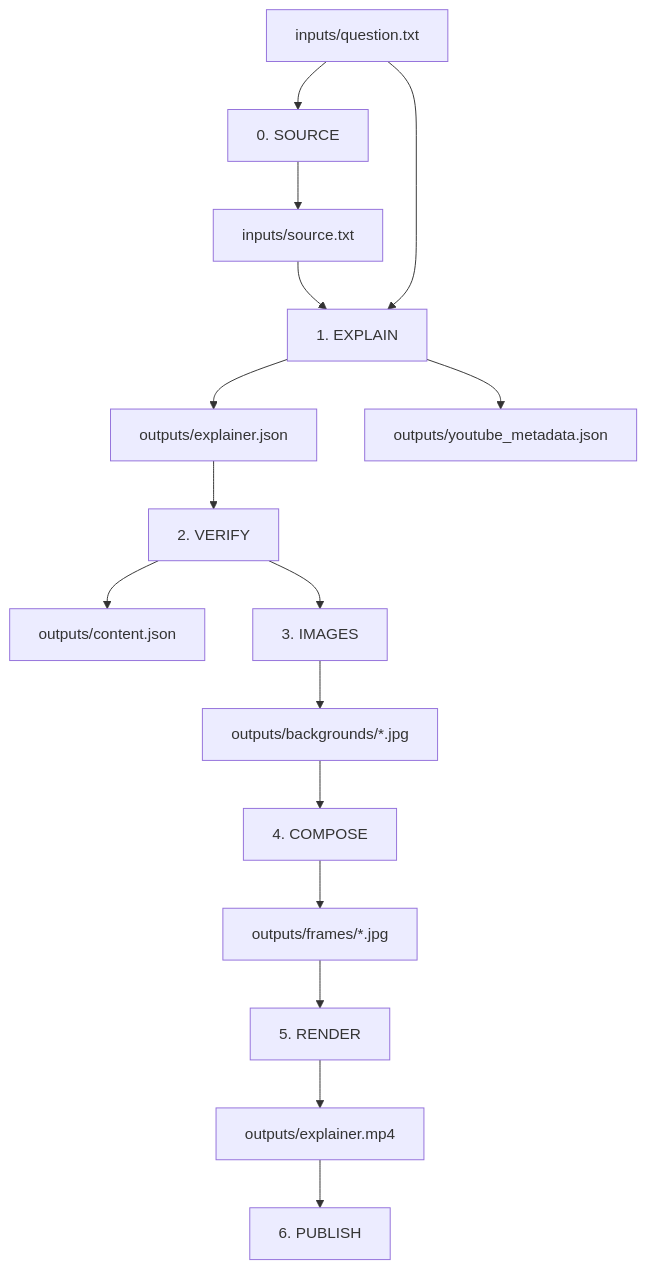
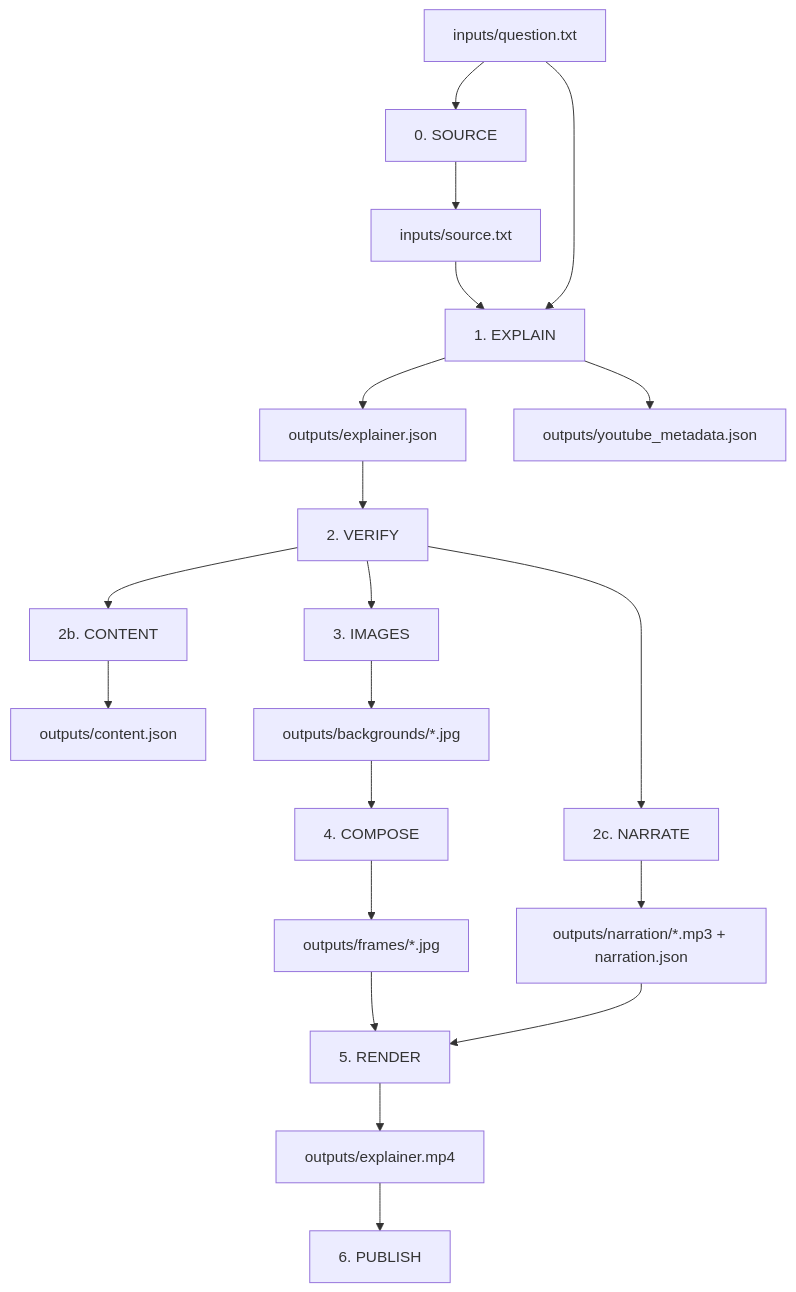
Before and after one commit to ishaniGupta27/knowthebigpicture: the diagram in docs/DESIGN.md, drawn with Mermaid. The commit also changed other lines of this file and 3 other files, not shown here.

````diff
--- a/docs/DESIGN.md
+++ b/docs/DESIGN.md
@@ -81,18 +69,22 @@
 ```mermaid
 flowchart TD
     Q["inputs/question.txt"] --> S0["0. SOURCE"]
     S0 --> SRC["inputs/source.txt"]
     SRC --> S1["1. EXPLAIN"]
     Q --> S1
     S1 --> E["outputs/explainer.json"]
     S1 --> M["outputs/youtube_metadata.json"]
     E --> S2["2. VERIFY"]
-    S2 --> C["outputs/content.json"]
-    S2 --> S3["3. IMAGES"]
-    S3 --> BG["outputs/backgrounds/*.jpg"]
-    BG --> S4["4. COMPOSE"]
-    S4 --> F["outputs/frames/*.jpg"]
-    F --> S5["5. RENDER"]
-    S5 --> V["outputs/explainer.mp4"]
-    V --> S6["6. PUBLISH"]
+    S2 --> C["2b. CONTENT"]
+    C --> CJ["outputs/content.json"]
+    S2 --> N["2c. NARRATE"]
+    N --> NA["outputs/narration/*.mp3 + narration.json"]
+    S2 --> I["3. IMAGES"]
+    I --> BG["outputs/backgrounds/*.jpg"]
+    BG --> P["4. COMPOSE"]
+    P --> F["outputs/frames/*.jpg"]
+    F --> R["5. RENDER"]
+    NA --> R
+    R --> V["outputs/explainer.mp4"]
+    V --> U["6. PUBLISH"]
 ```
````
